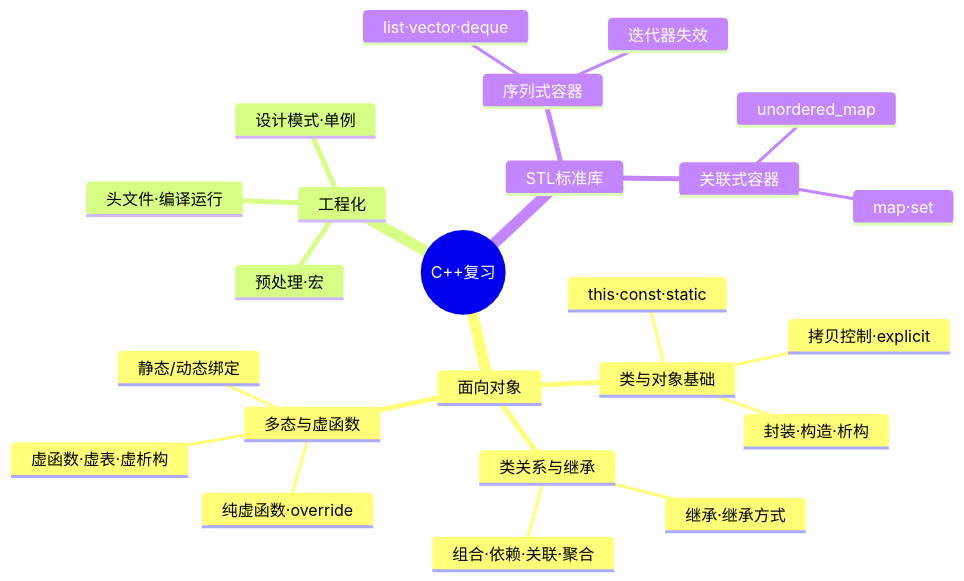
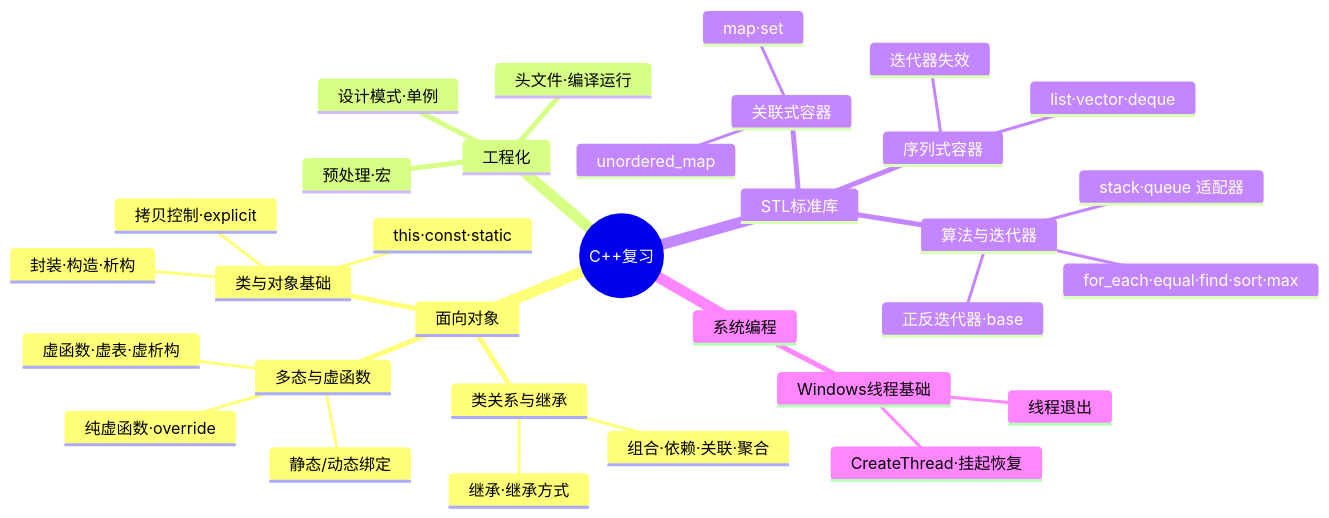
The first of 2 diagrams in 思维导图/README.md (Micrreney/biji), drawn with Mermaid before and after one commit. The commit also changed other lines of this file and 4 other files, not shown here.

````diff
--- a/思维导图/README.md
+++ b/思维导图/README.md
@@ -25,27 +29,35 @@
 ```mermaid
 mindmap
   root((C++复习))
     面向对象
       类与对象基础
         封装·构造·析构
         this·const·static
         拷贝控制·explicit
       类关系与继承
         组合·依赖·关联·聚合
         继承·继承方式
       多态与虚函数
         静态/动态绑定
         虚函数·虚表·虚析构
         纯虚函数·override
     工程化
       预处理·宏
       头文件·编译运行
       设计模式·单例
     STL标准库
       序列式容器
         list·vector·deque
         迭代器失效
       关联式容器
         map·set
         unordered_map
+      算法与迭代器
+        for_each·equal·find·sort·max
+        正反迭代器·base
+        stack·queue 适配器
+    系统编程
+      Windows线程基础
+        CreateThread·挂起恢复
+        线程退出
 ```
````
